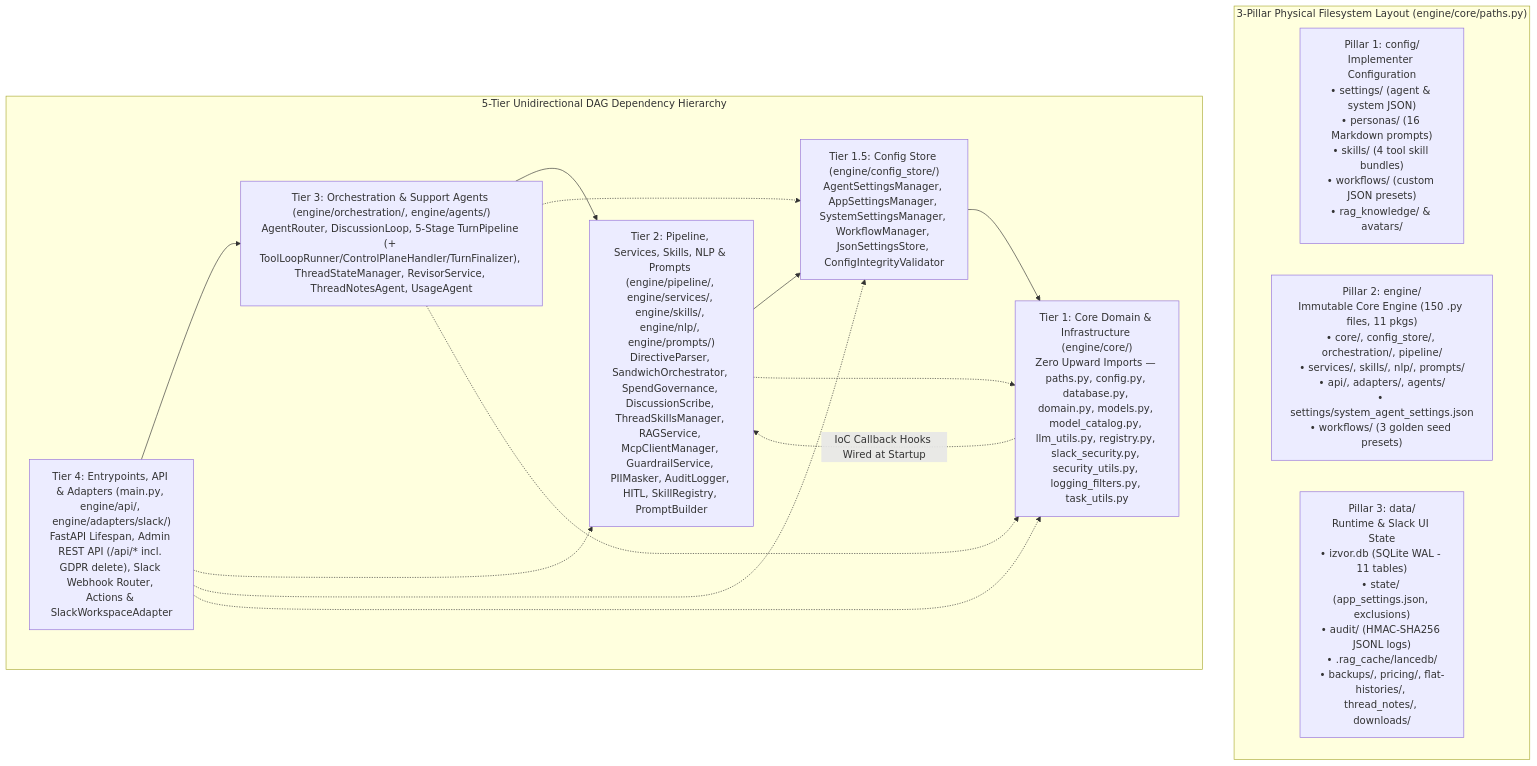
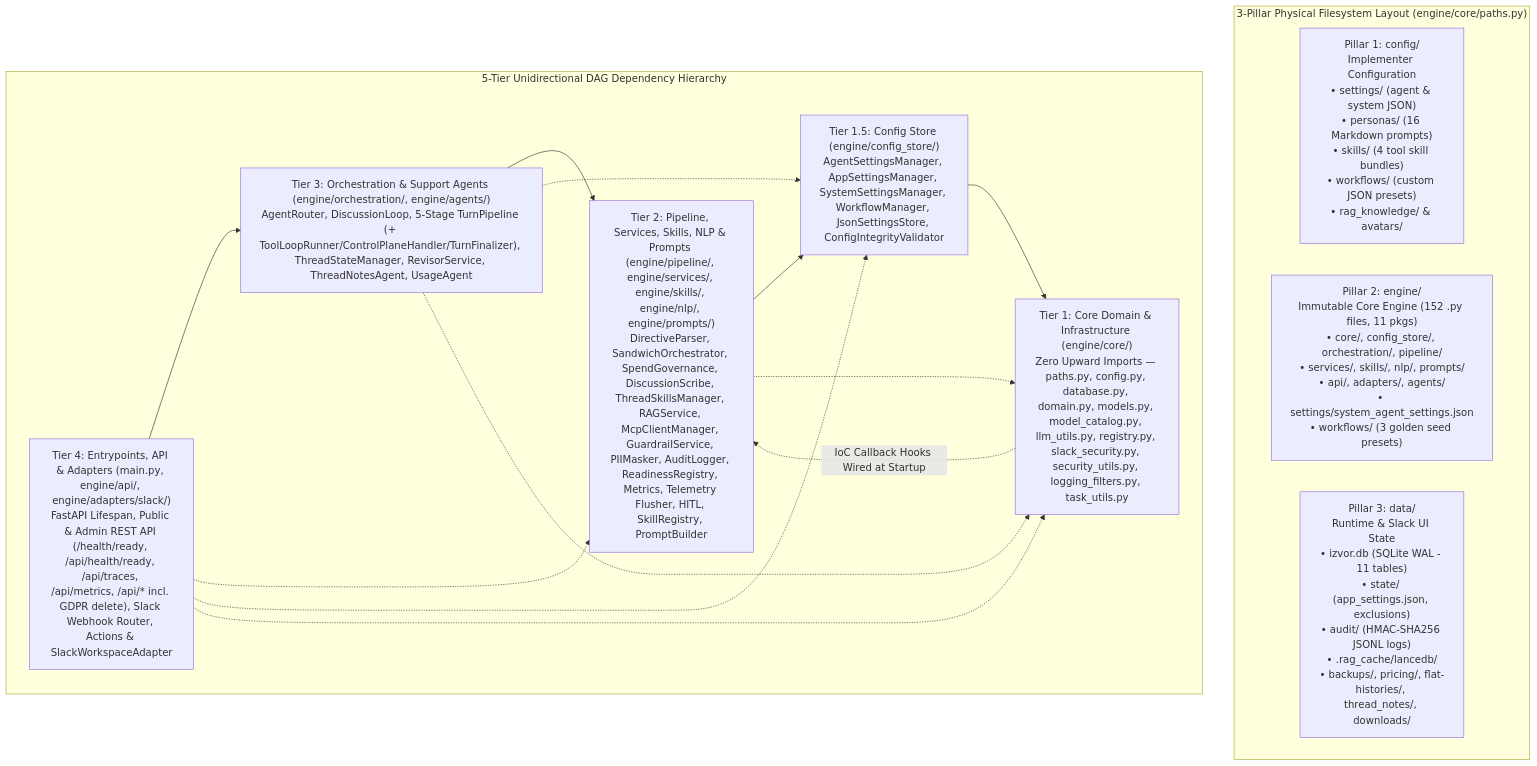
One commit to BranMik/Izvor changed the first of 6 diagrams in docs/architecture/Izvor_System_Architecture_Comprehensive.md. Above: the diagram before and after it, drawn with Mermaid. The commit also changed other lines of this file and 13 other files, not shown here.

````diff
--- a/docs/architecture/Izvor_System_Architecture_Comprehensive.md
+++ b/docs/architecture/Izvor_System_Architecture_Comprehensive.md
@@ -28,23 +28,23 @@
 ```mermaid
 flowchart TD
     subgraph Pillars["3-Pillar Physical Filesystem Layout (engine/core/paths.py)"]
         direction LR
         P1["Pillar 1: config/\nImplementer Configuration\n• settings/ (agent & system JSON)\n• personas/ (16 Markdown prompts)\n• skills/ (4 tool skill bundles)\n• workflows/ (custom JSON presets)\n• rag_knowledge/ & avatars/"]
-        P2["Pillar 2: engine/\nImmutable Core Engine (150 .py files, 11 pkgs)\n• core/, config_store/, orchestration/, pipeline/\n• services/, skills/, nlp/, prompts/\n• api/, adapters/, agents/\n• settings/system_agent_settings.json\n• workflows/ (3 golden seed presets)"]
+        P2["Pillar 2: engine/\nImmutable Core Engine (152 .py files, 11 pkgs)\n• core/, config_store/, orchestration/, pipeline/\n• services/, skills/, nlp/, prompts/\n• api/, adapters/, agents/\n• settings/system_agent_settings.json\n• workflows/ (3 golden seed presets)"]
         P3["Pillar 3: data/\nRuntime & Slack UI State\n• izvor.db (SQLite WAL - 11 tables)\n• state/ (app_settings.json, exclusions)\n• audit/ (HMAC-SHA256 JSONL logs)\n• .rag_cache/lancedb/\n• backups/, pricing/, flat-histories/, thread_notes/, downloads/"]
     end
 
     subgraph Layers["5-Tier Unidirectional DAG Dependency Hierarchy"]
-        L4["Tier 4: Entrypoints, API & Adapters (main.py, engine/api/, engine/adapters/slack/)\nFastAPI Lifespan, Admin REST API (/api/* incl. GDPR delete), Slack Webhook Router, Actions & SlackWorkspaceAdapter"]
+        L4["Tier 4: Entrypoints, API & Adapters (main.py, engine/api/, engine/adapters/slack/)\nFastAPI Lifespan, Public & Admin REST API (/health/ready, /api/health/ready, /api/traces, /api/metrics, /api/* incl. GDPR delete), Slack Webhook Router, Actions & SlackWorkspaceAdapter"]
         L3["Tier 3: Orchestration & Support Agents (engine/orchestration/, engine/agents/)\nAgentRouter, DiscussionLoop, 5-Stage TurnPipeline (+ ToolLoopRunner/ControlPlaneHandler/TurnFinalizer), ThreadStateManager, RevisorService, ThreadNotesAgent, UsageAgent"]
-        L2["Tier 2: Pipeline, Services, Skills, NLP & Prompts (engine/pipeline/, engine/services/, engine/skills/, engine/nlp/, engine/prompts/)\nDirectiveParser, SandwichOrchestrator, SpendGovernance, DiscussionScribe, ThreadSkillsManager, RAGService, McpClientManager, GuardrailService, PIIMasker, AuditLogger, HITL, SkillRegistry, PromptBuilder"]
+        L2["Tier 2: Pipeline, Services, Skills, NLP & Prompts (engine/pipeline/, engine/services/, engine/skills/, engine/nlp/, engine/prompts/)\nDirectiveParser, SandwichOrchestrator, SpendGovernance, DiscussionScribe, ThreadSkillsManager, RAGService, McpClientManager, GuardrailService, PIIMasker, AuditLogger, ReadinessRegistry, Metrics, Telemetry Flusher, HITL, SkillRegistry, PromptBuilder"]
         L15["Tier 1.5: Config Store (engine/config_store/)\nAgentSettingsManager, AppSettingsManager, SystemSettingsManager, WorkflowManager, JsonSettingsStore, ConfigIntegrityValidator"]
         L1["Tier 1: Core Domain & Infrastructure (engine/core/)\nZero Upward Imports — paths.py, config.py, database.py, domain.py, models.py, model_catalog.py, llm_utils.py, registry.py, slack_security.py, security_utils.py, logging_filters.py, task_utils.py"]
 
         L4 --> L3 --> L2 --> L15 --> L1
         L4 -.-> L2 & L15 & L1
         L3 -.-> L15 & L1
         L2 -.-> L1
         L1 -.->|"IoC Callback Hooks Wired at Startup"| L2
     end
 ```
````
